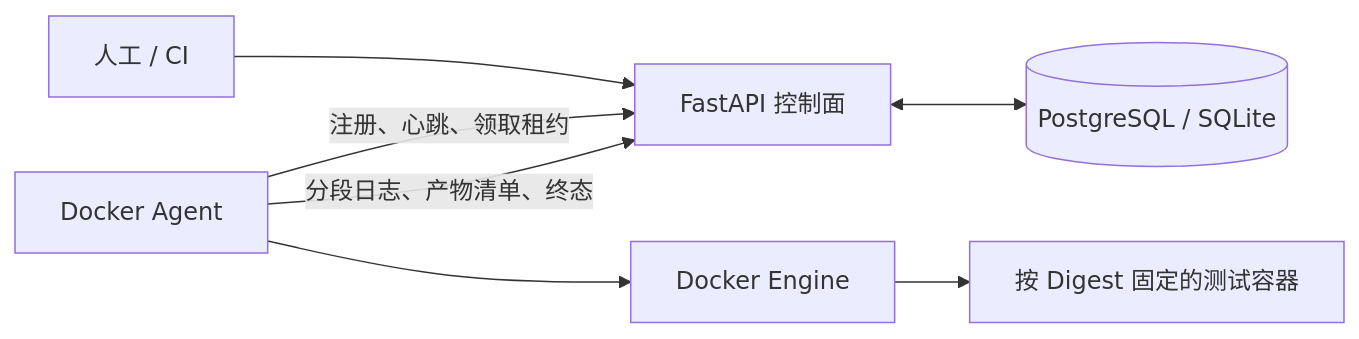
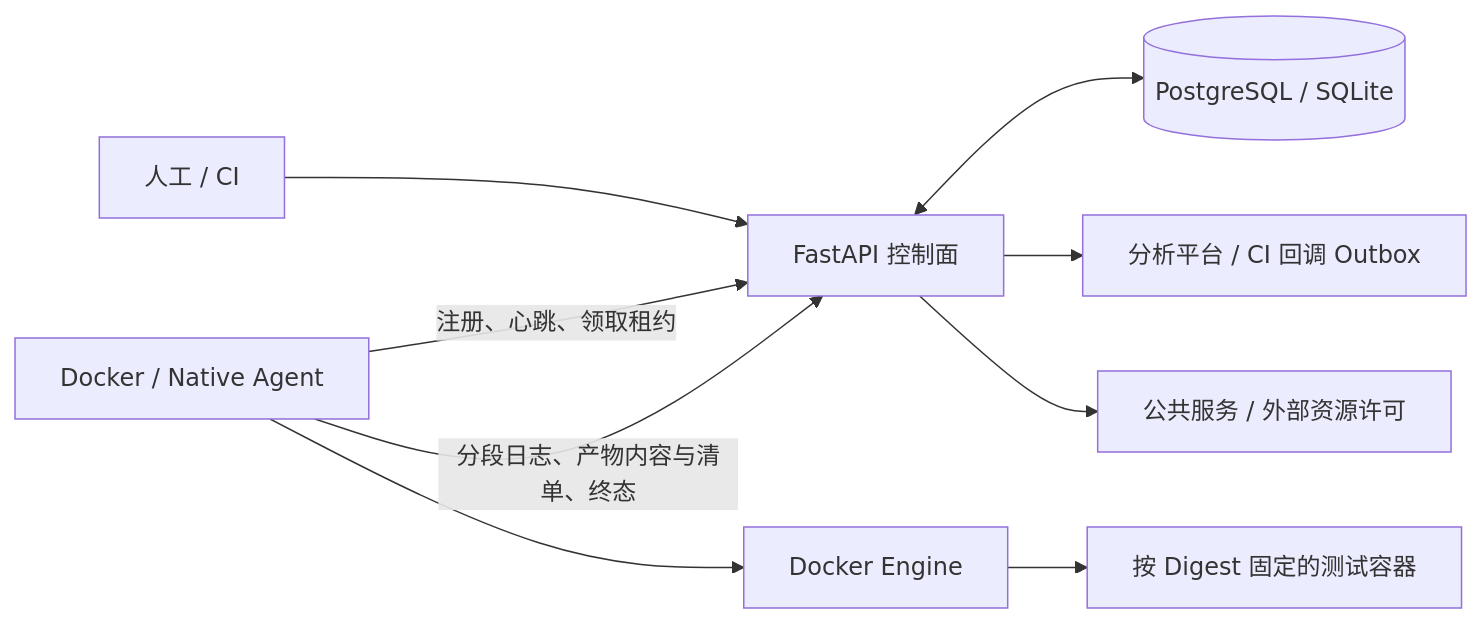
The diagram in docs/architecture.md (PassionHabit/TestForge), drawn with Mermaid before and after one commit. The commit also changed other lines of this file and 27 other files, not shown here.

````diff
--- a/docs/architecture.md
+++ b/docs/architecture.md
@@ -7,9 +7,11 @@
 ```mermaid
 flowchart LR
     USER["人工 / CI"] --> API["FastAPI 控制面"]
     API <--> DB[("PostgreSQL / SQLite")]
-    AGENT["Docker Agent"] -->|"注册、心跳、领取租约"| API
-    AGENT -->|"分段日志、产物清单、终态"| API
+    AGENT["Docker / Native Agent"] -->|"注册、心跳、领取租约"| API
+    AGENT -->|"分段日志、产物内容与清单、终态"| API
     AGENT --> ENGINE["Docker Engine"]
     ENGINE --> JOB["按 Digest 固定的测试容器"]
+    API --> OUTBOX["分析平台 / CI 回调 Outbox"]
+    API --> SVC["公共服务 / 外部资源许可"]
 ```
````
